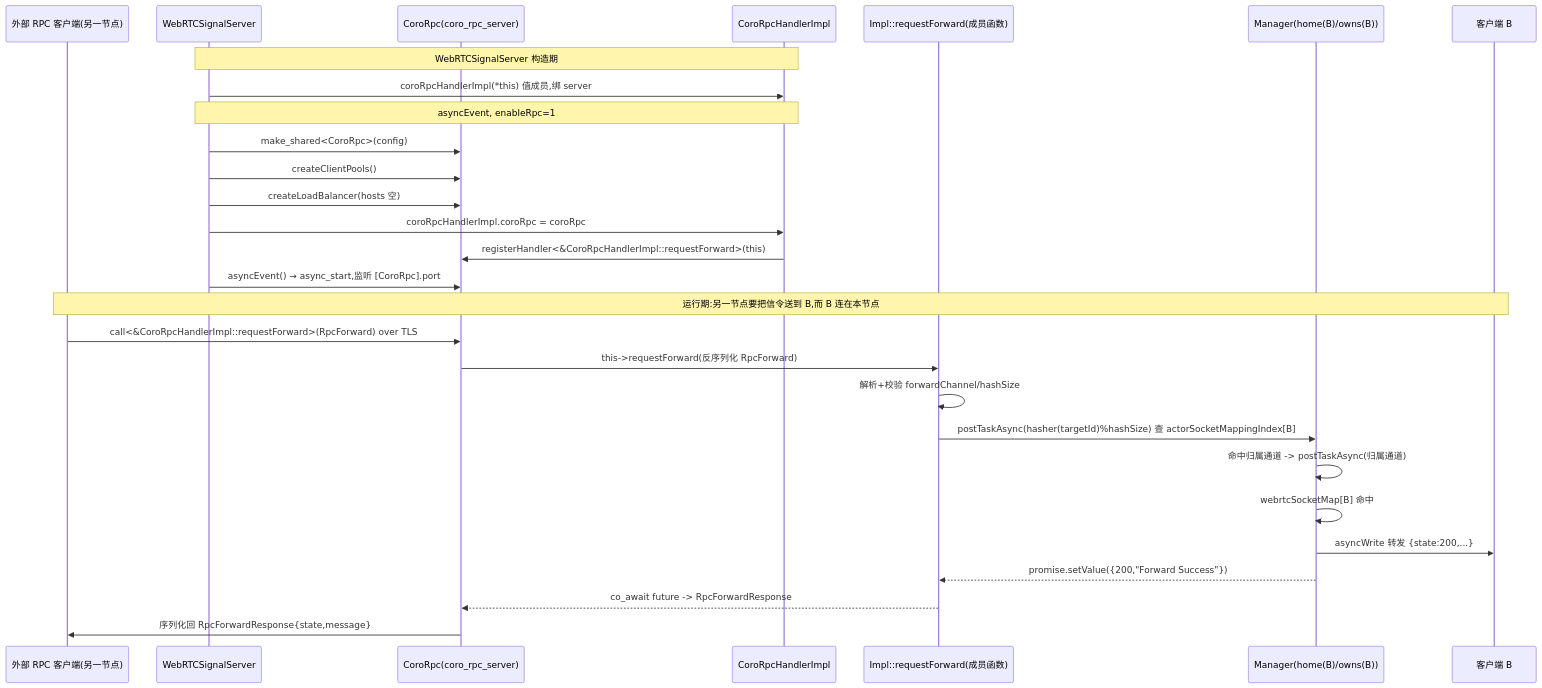
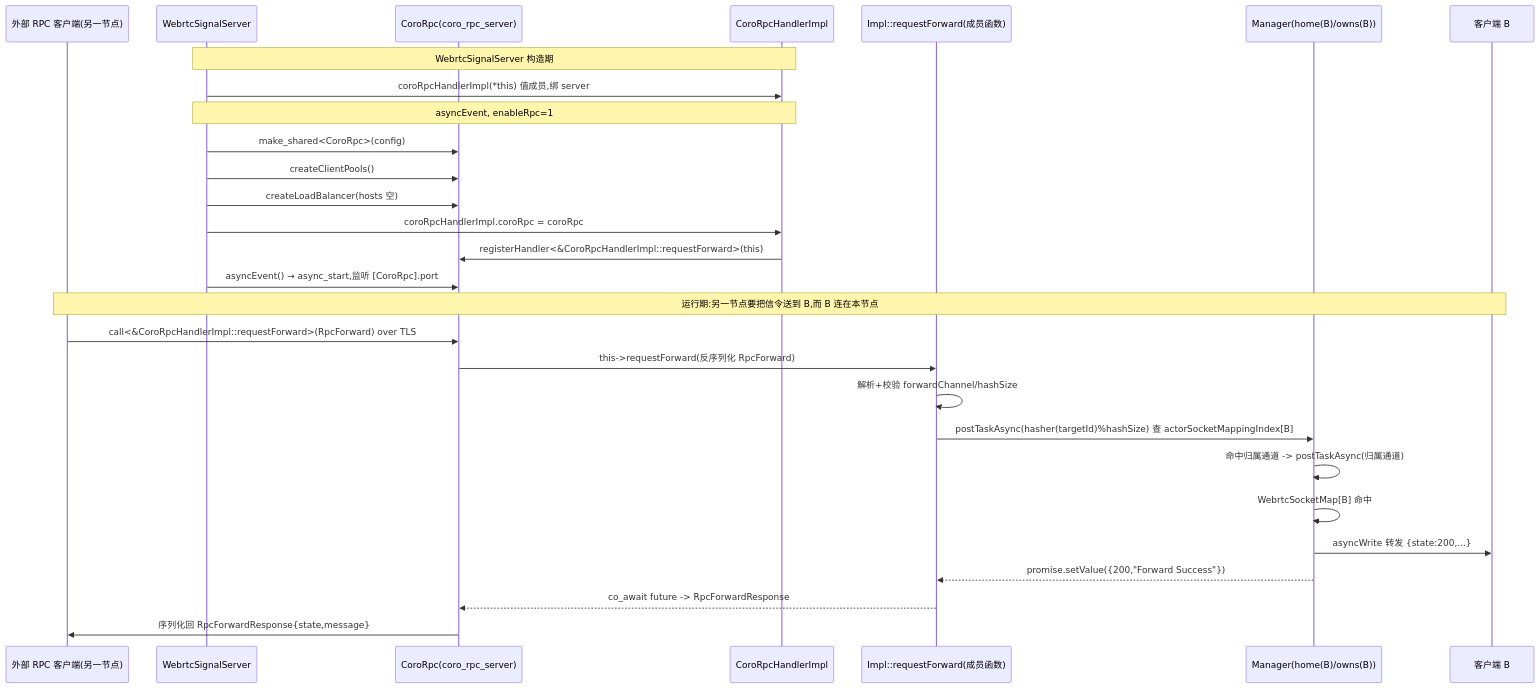
Before and after one commit to HopeTiga/HopeDesk: the fifth of 5 diagrams in webrtc-signal-server.md, drawn with Mermaid. The commit also changed other lines of this file, not shown here.

````diff
--- a/webrtc-signal-server.md
+++ b/webrtc-signal-server.md
@@ -601,30 +601,30 @@
 ```mermaid
 sequenceDiagram
   participant Cli as 外部 RPC 客户端(另一节点)
-  participant Srv as WebRTCSignalServer
+  participant Srv as WebrtcSignalServer
   participant Rpc as CoroRpc(coro_rpc_server)
   participant Impl as CoroRpcHandlerImpl
   participant Fn as Impl::requestForward(成员函数)
   participant Mb as Manager(home(B)/owns(B))
   participant B as 客户端 B
-  Note over Srv,Impl: WebRTCSignalServer 构造期
+  Note over Srv,Impl: WebrtcSignalServer 构造期
   Srv->>Impl: coroRpcHandlerImpl(*this) 值成员,绑 server
   Note over Srv,Impl: asyncEvent, enableRpc=1
   Srv->>Rpc: make_shared<CoroRpc>(config)
   Srv->>Rpc: createClientPools()
   Srv->>Rpc: createLoadBalancer(hosts 空)
   Srv->>Impl: coroRpcHandlerImpl.coroRpc = coroRpc
   Impl->>Rpc: registerHandler<&CoroRpcHandlerImpl::requestForward>(this)
   Srv->>Rpc: asyncEvent() → async_start,监听 [CoroRpc].port
   Note over Cli,B: 运行期:另一节点要把信令送到 B,而 B 连在本节点
   Cli->>Rpc: call<&CoroRpcHandlerImpl::requestForward>(RpcForward) over TLS
   Rpc->>Fn: this->requestForward(反序列化 RpcForward)
   Fn->>Fn: 解析+校验 forwardChannel/hashSize
   Fn->>Mb: postTaskAsync(hasher(targetId)%hashSize) 查 actorSocketMappingIndex[B]
   Mb->>Mb: 命中归属通道 -> postTaskAsync(归属通道)
-  Mb->>Mb: webrtcSocketMap[B] 命中
+  Mb->>Mb: WebrtcSocketMap[B] 命中
   Mb->>B: asyncWrite 转发 {state:200,...}
   Mb-->>Fn: promise.setValue({200,"Forward Success"})
   Fn-->>Rpc: co_await future -> RpcForwardResponse
   Rpc->>Cli: 序列化回 RpcForwardResponse{state,message}
 ```
````
